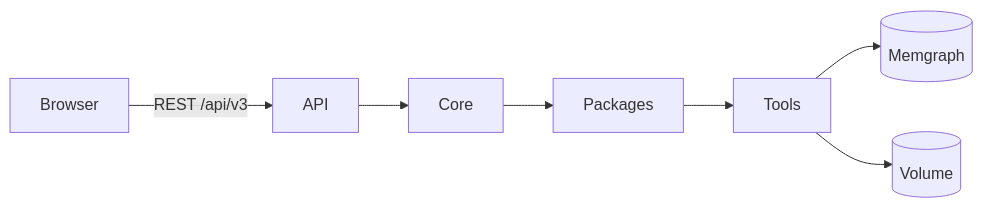
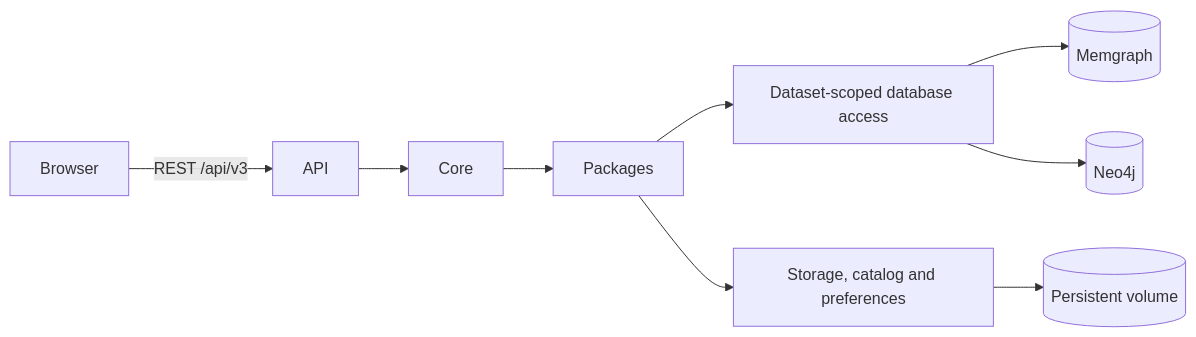
Before and after one commit to soup-ocpm/soup: the diagram in README.md, drawn with Mermaid. The commit also changed other lines of this file, not shown here.

````diff
--- a/README.md
+++ b/README.md
@@ -66,9 +87,11 @@
 ```mermaid
 flowchart LR
   browser["Browser"] -->|"REST /api/v3"| api["API"]
   api --> core["Core"]
   core --> packages["Packages"]
-  packages --> tools["Tools"]
-  tools --> memgraph[("Memgraph")]
-  tools --> volume[("Volume")]
+  packages --> database["Dataset-scoped database access"]
+  database --> memgraph[("Memgraph")]
+  database --> neo4j[("Neo4j")]
+  packages --> tools["Storage, catalog and preferences"]
+  tools --> volume[("Persistent volume")]
 ```
````
